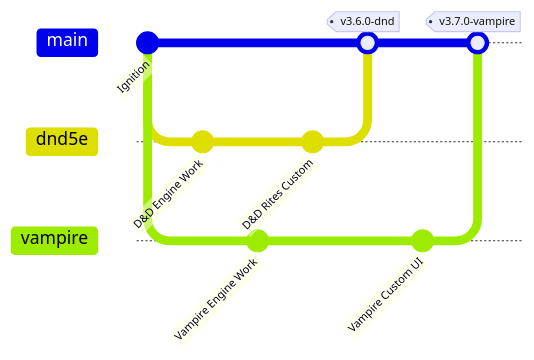
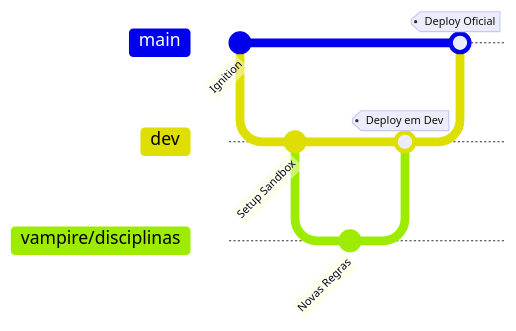
Before and after one commit to Leosdc/lyra-the-wise-webapp: the diagram in docs/firebase-colaborativo.md, drawn with Mermaid. The commit also changed other lines of this file and 1 other file, not shown here.

````diff
--- a/docs/firebase-colaborativo.md
+++ b/docs/firebase-colaborativo.md
@@ -11,18 +11,14 @@
 ```mermaid
 gitGraph
     commit id: "Ignition"
-    branch dnd5e
-    branch vampire
-    checkout dnd5e
-    commit id: "D&D Engine Work"
-    checkout vampire
-    commit id: "Vampire Engine Work"
-    checkout dnd5e
-    commit id: "D&D Rites Custom"
+    branch dev
+    checkout dev
+    commit id: "Setup Sandbox"
+    branch vampire/disciplinas
+    checkout vampire/disciplinas
+    commit id: "Novas Regras"
+    checkout dev
+    merge vampire/disciplinas tag: "Deploy em Dev"
     checkout main
-    merge dnd5e tag: "v3.6.0-dnd"
-    checkout vampire
-    commit id: "Vampire Custom UI"
-    checkout main
-    merge vampire tag: "v3.7.0-vampire"
+    merge dev tag: "Deploy Oficial"
 ```
````
